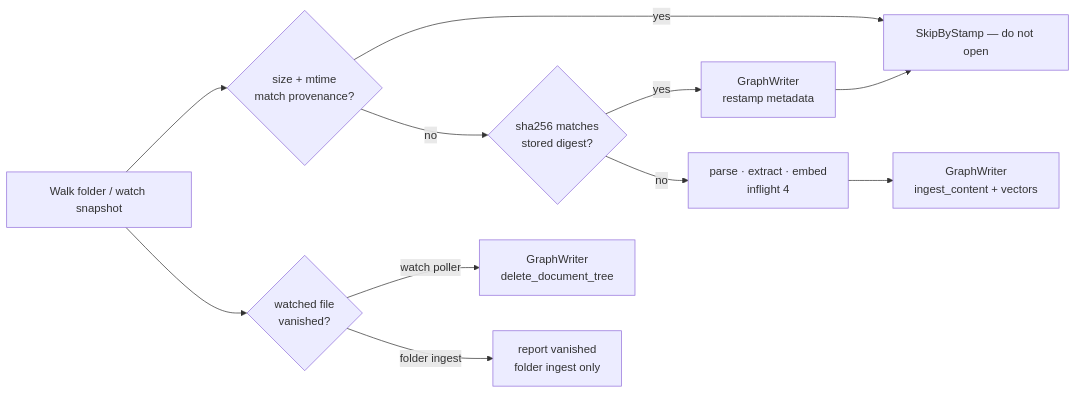
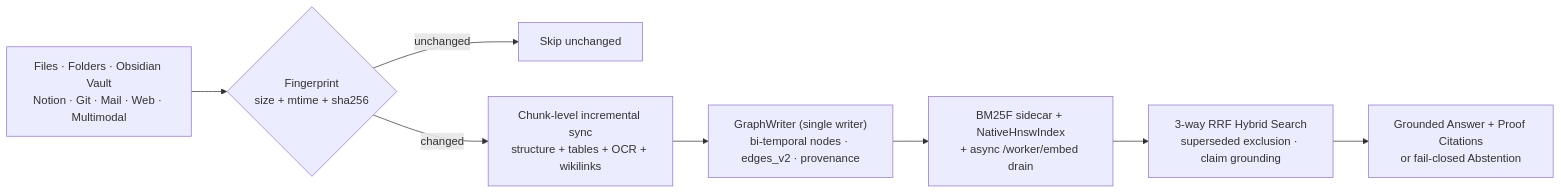
One commit to TaeSooPark-PTS/LatticeAI changed the second of 2 diagrams in ARCHITECTURE.md. Above: the diagram before and after it, drawn with Mermaid. The commit also changed other lines of this file and 232 other files, not shown here.

Commit message:
release(v13.7.0): native Rust Obsidian/interop bridges, pure ESM Vite/Vitest configs, v13+ release ledger, and modernized ARCHITECTURE.md

````diff
--- a/ARCHITECTURE.md
+++ b/ARCHITECTURE.md
@@ -116,23 +112,15 @@
 ```mermaid
 flowchart LR
-  walk["Walk folder / watch snapshot"]
-  stamp{"size + mtime<br/>match provenance?"}
-  hash{"sha256 matches<br/>stored digest?"}
-  restamp["GraphWriter<br/>restamp metadata"]
-  parse["parse · extract · embed<br/>inflight 4"]
-  write["GraphWriter<br/>ingest_content + vectors"]
-  gone{"watched file<br/>vanished?"}
-  prune["GraphWriter<br/>delete_document_tree"]
-  report["report vanished<br/>folder ingest only"]
+  src["Files · Folders · Obsidian Vault<br/>Notion · Git · Mail · Web · Multimodal"]
+  fp{"Fingerprint<br/>size + mtime + sha256"}
+  skip["Skip unchanged"]
+  sync["Chunk-level incremental sync<br/>structure + tables + OCR + wikilinks"]
+  gw["GraphWriter (single writer)<br/>bi-temporal nodes · edges_v2 · provenance"]
+  idx["BM25F sidecar + NativeHnswIndex<br/>+ async /worker/embed drain"]
+  rrf["3-way RRF Hybrid Search<br/>superseded exclusion · claim grounding"]
+  ans["Grounded Answer + Proof Citations<br/>or fail-closed Abstention"]
 
-  walk --> stamp
-  stamp -->|yes| skip["SkipByStamp — do not open"]
-  stamp -->|no| hash
-  hash -->|yes| restamp
-  restamp --> skip
-  hash -->|no| parse
-  parse --> write
-  walk --> gone
-  gone -->|watch poller| prune
-  gone -->|folder ingest| report
+  src --> fp
+  fp -->|unchanged| skip
+  fp -->|changed| sync --> gw --> idx --> rrf --> ans
 ```
````
